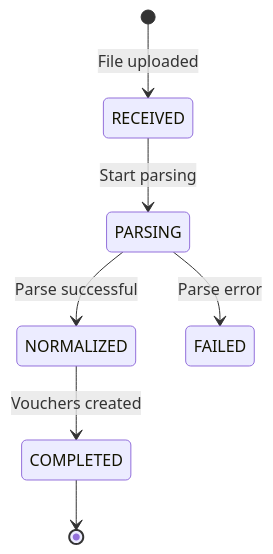
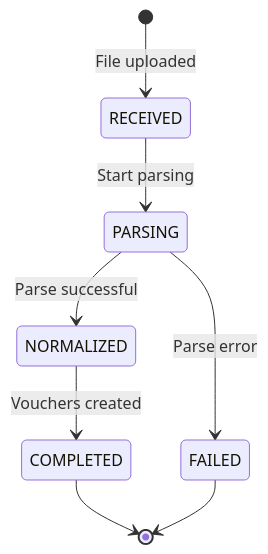
One commit to openleap-io/io.openleap.dev.spec changed the fourth of 9 diagrams in T3_Domains/FI/domain-specs/fi_bnk-spec.md. Above: the diagram before and after it, drawn with Mermaid. The commit also changed other lines of this file and 54 other files, not shown here.

````diff
--- a/T3_Domains/FI/domain-specs/fi_bnk-spec.md
+++ b/T3_Domains/FI/domain-specs/fi_bnk-spec.md
@@ -279,9 +457,10 @@
 ```mermaid
 stateDiagram-v2
   [*] --> RECEIVED : File uploaded
   RECEIVED --> PARSING : Start parsing
   PARSING --> NORMALIZED : Parse successful
   PARSING --> FAILED : Parse error
   NORMALIZED --> COMPLETED : Vouchers created
   COMPLETED --> [*]
+  FAILED --> [*]
 ```
````
